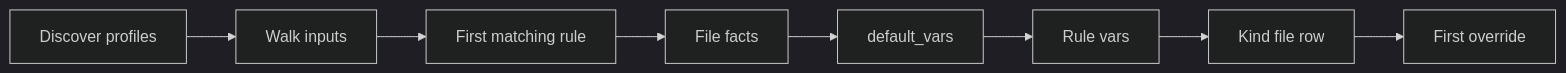
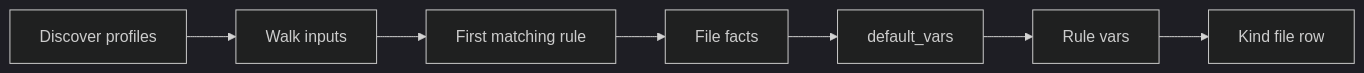
One commit to mrjk/supershelf changed the diagram in docs/content/concepts/index.md. Above: the diagram before and after it, drawn with Mermaid (dark theme). The commit also changed 30 other files, not shown here.

````diff
--- a/docs/content/concepts/index.md
+++ b/docs/content/concepts/index.md
@@ -5,10 +5,9 @@
 ```mermaid
 flowchart LR
   discover[Discover profiles] --> walk[Walk inputs]
   walk --> match[First matching rule]
   match --> facts[File facts]
   facts --> defaults[default_vars]
   defaults --> ruleVars[Rule vars]
   ruleVars --> kindFile[Kind file row]
-  kindFile --> overrides[First override]
 ```
````
